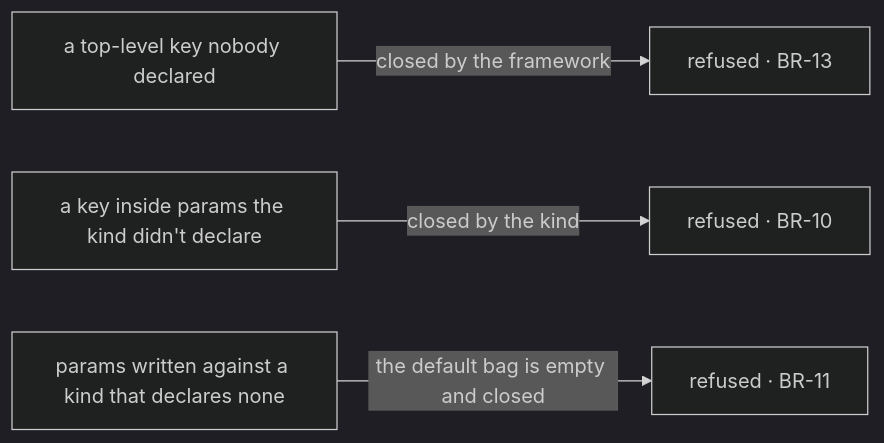
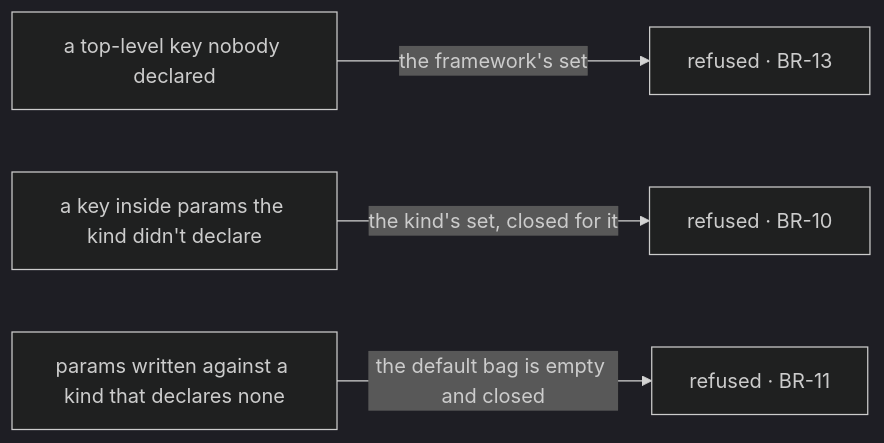
One commit to fixpoint-labs/flow-state-dev changed the diagram in spec/FIX-1367/BUSINESS-RULES.md. Above: the diagram before and after it, drawn with Mermaid (dark theme). The commit also changed other lines of this file and 3 other files, not shown here.

````diff
--- a/spec/FIX-1367/BUSINESS-RULES.md
+++ b/spec/FIX-1367/BUSINESS-RULES.md
@@ -37,6 +38,6 @@
 ```mermaid
 flowchart LR
-  A["a top-level key nobody declared"] -->|"closed by the framework"| R1["refused · BR-13"]
-  B["a key inside params the kind didn't declare"] -->|"closed by the kind"| R2["refused · BR-10"]
+  A["a top-level key nobody declared"] -->|"the framework's set"| R1["refused · BR-13"]
+  B["a key inside params the kind didn't declare"] -->|"the kind's set, closed for it"| R2["refused · BR-10"]
   C["params written against a kind that declares none"] -->|"the default bag is empty and closed"| R3["refused · BR-11"]
 ```
````
